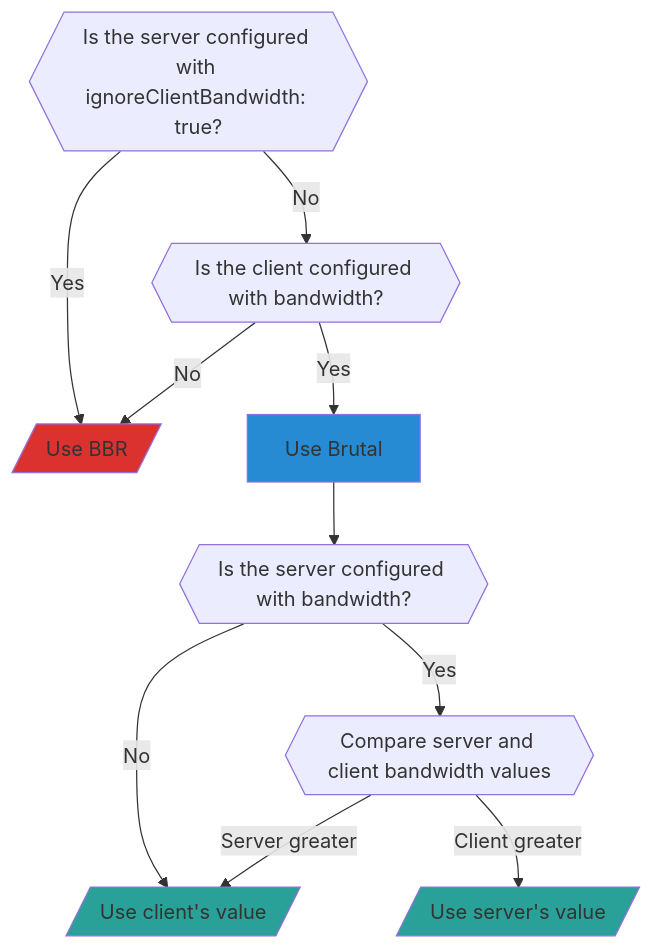
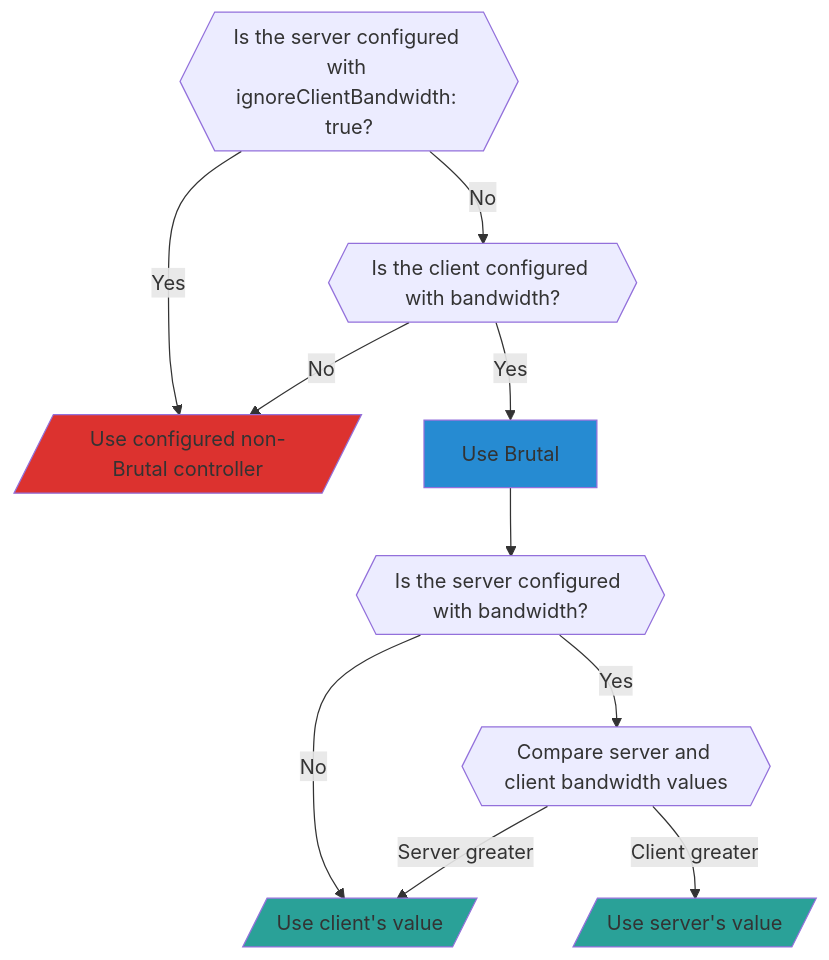
Before and after one commit to apernet/hysteria-website: the first of 2 diagrams in docs/docs/advanced/Full-Server-Config.md, drawn with Mermaid. The commit also changed other lines of this file and 37 other files, not shown here.

````diff
--- a/docs/docs/advanced/Full-Server-Config.md
+++ b/docs/docs/advanced/Full-Server-Config.md
@@ -155,17 +190,17 @@
 ```mermaid
 graph TD;
-    ICB{{"Is the server configured with ignoreClientBandwidth: true?"}} -- "Yes" --> BBR[/"Use BBR"/];
+    ICB{{"Is the server configured with ignoreClientBandwidth: true?"}} -- "Yes" --> NonBrutal[/"Use configured non-Brutal controller"/];
     ICB -- "No" --> C_has_BW;
-    C_has_BW{{"Is the client configured with bandwidth?"}} -- "No" --> BBR;
+    C_has_BW{{"Is the client configured with bandwidth?"}} -- "No" --> NonBrutal;
     C_has_BW -- "Yes" --> Brutal;
     Brutal["Use Brutal"] --> S_has_BW;
     S_has_BW{{"Is the server configured with bandwidth?"}} -- "No" --> Brutal_C[/"Use client's value"/];
     S_has_BW -- "Yes" --> S_C_CMP;
     S_C_CMP{{"Compare server and client bandwidth values"}} -- "Server greater" --> Brutal_C;
     S_C_CMP -- "Client greater" --> Brutal_S[/"Use server's value"/];
 
-    style BBR fill:#dc322f;
+    style NonBrutal fill:#dc322f;
     style Brutal fill:#268bd2;
     style Brutal_C fill:#2aa198;
     style Brutal_S fill:#2aa198;
 ```
````
